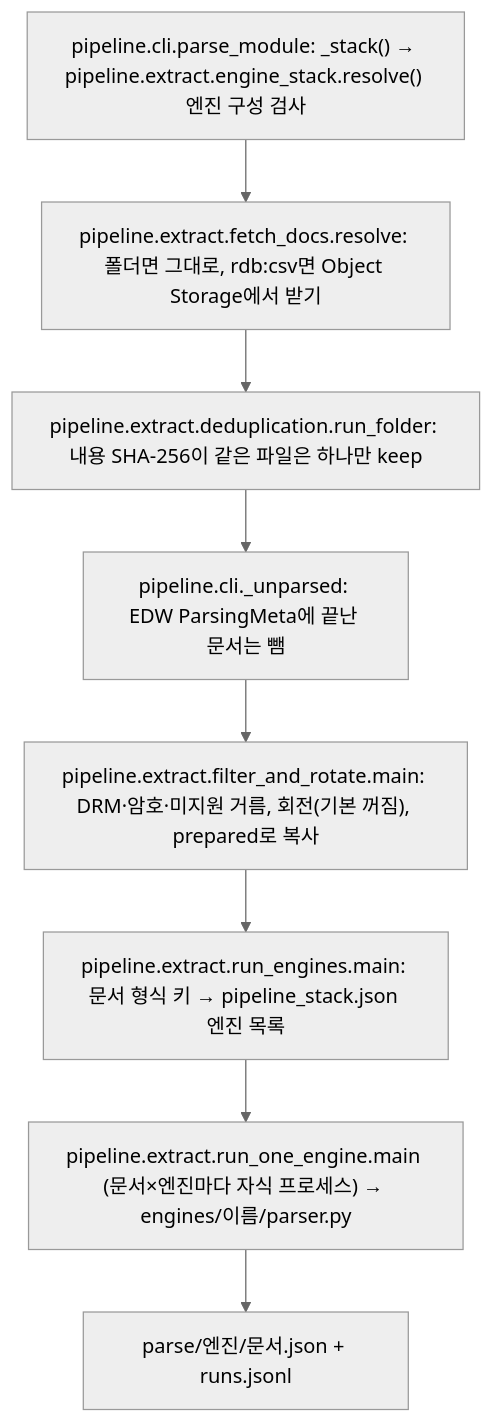
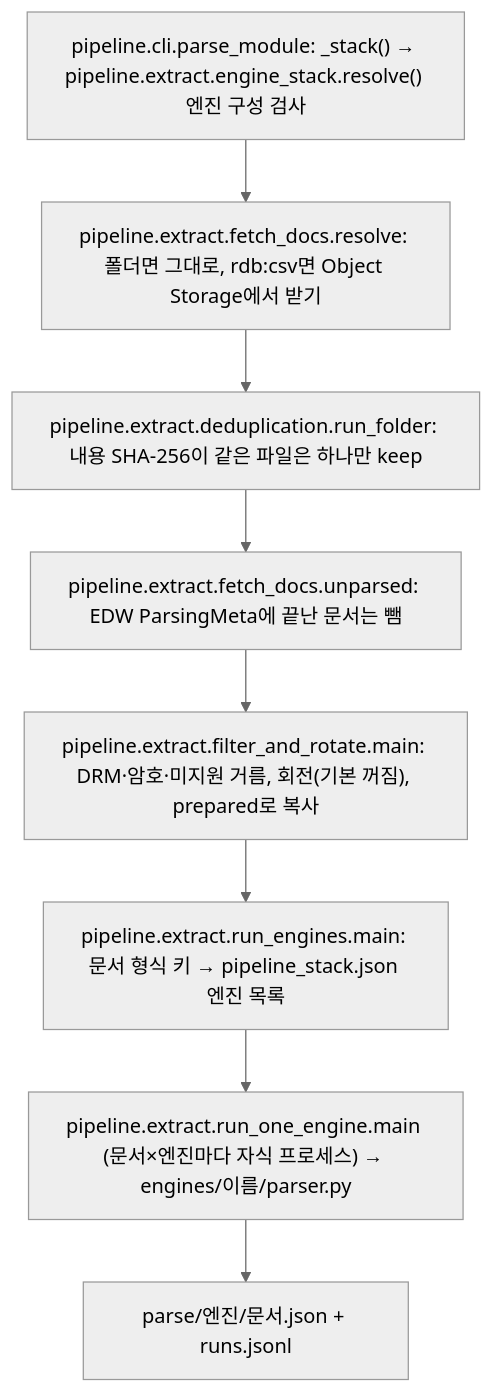
Before and after one commit to gigasamba/sbl_data_parsing: the fourth of 11 diagrams in docs/architecture/parse_flow.md, drawn with Mermaid (neutral theme). The commit also changed other lines of this file and 6 other files, not shown here.

First line of the commit message:
refactor(pipeline): move cli._unparsed into extract/fetch_docs.unparsed (rn-06 A2)

````diff
--- a/docs/architecture/parse_flow.md
+++ b/docs/architecture/parse_flow.md
@@ -117,12 +117,12 @@
 ```mermaid
 flowchart TD
     S0["pipeline.cli.parse_module: _stack() → pipeline.extract.engine_stack.resolve() 엔진 구성 검사"]
     S1["pipeline.extract.fetch_docs.resolve: 폴더면 그대로, rdb:csv면 Object Storage에서 받기"]
     S2["pipeline.extract.deduplication.run_folder: 내용 SHA-256이 같은 파일은 하나만 keep"]
-    S3["pipeline.cli._unparsed: EDW ParsingMeta에 끝난 문서는 뺌"]
+    S3["pipeline.extract.fetch_docs.unparsed: EDW ParsingMeta에 끝난 문서는 뺌"]
     S4["pipeline.extract.filter_and_rotate.main: DRM·암호·미지원 거름, 회전(기본 꺼짐), prepared로 복사"]
     S5["pipeline.extract.run_engines.main: 문서 형식 키 → pipeline_stack.json 엔진 목록"]
     S6["pipeline.extract.run_one_engine.main (문서×엔진마다 자식 프로세스) → engines/이름/parser.py"]
     S7["parse/엔진/문서.json + runs.jsonl"]
     S0 --> S1 --> S2 --> S3 --> S4 --> S5 --> S6 --> S7
 ```
````
